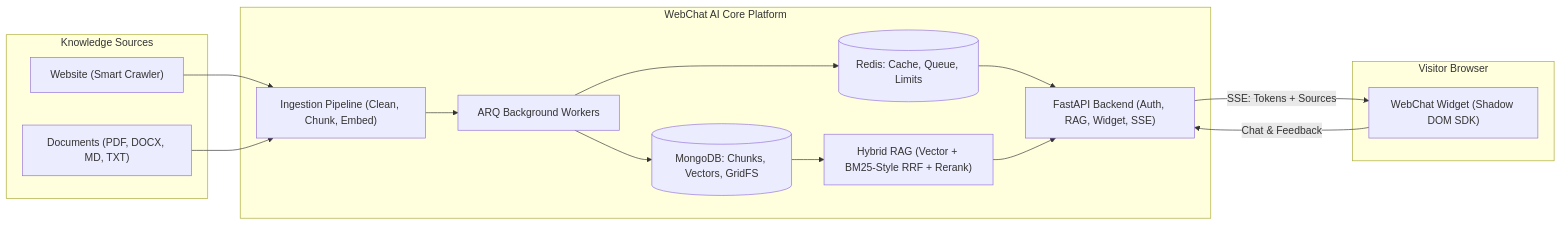
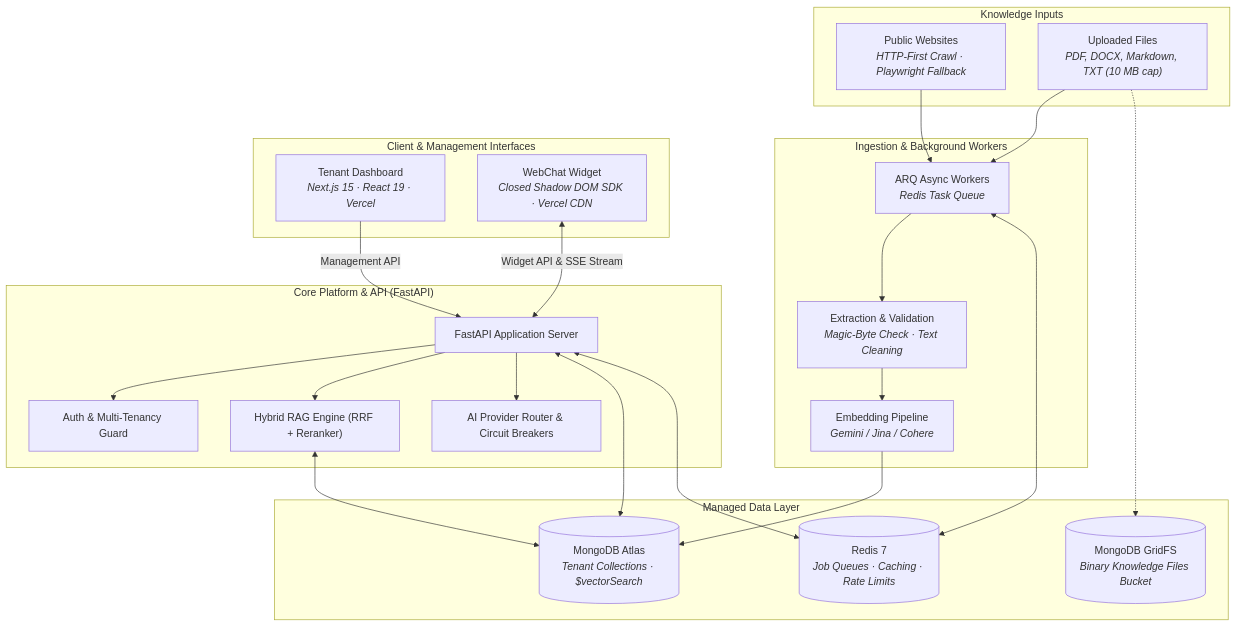
One commit to riturajlabs/webchat-AI changed the second of 2 diagrams in README.md. Above: the diagram before and after it, drawn with Mermaid. The commit also changed other lines of this file and 4 other files, not shown here.

````diff
--- a/README.md
+++ b/README.md
@@ -213,31 +365,48 @@
 ```mermaid
-flowchart LR
-    subgraph Sources["Knowledge Sources"]
-        WEB["Website (Smart Crawler)"]
-        DOCS["Documents (PDF, DOCX, MD, TXT)"]
+flowchart TB
+    subgraph Inputs["Knowledge Inputs"]
+        WEB["Public Websites<br/><i>HTTP-First Crawl · Playwright Fallback</i>"]
+        DOCS["Uploaded Files<br/><i>PDF, DOCX, Markdown, TXT (10 MB cap)</i>"]
     end
 
-    subgraph Platform["WebChat AI Core Platform"]
-        ING["Ingestion Pipeline (Clean, Chunk, Embed)"]
-        KB[("MongoDB: Chunks, Vectors, GridFS")]
-        REDIS[("Redis: Cache, Queue, Limits")]
-        WORKER["ARQ Background Workers"]
-        RAG["Hybrid RAG (Vector + BM25-Style RRF + Rerank)"]
-        API["FastAPI Backend (Auth, RAG, Widget, SSE)"]
+    subgraph Workers["Ingestion & Background Workers"]
+        ARQ["ARQ Async Workers<br/><i>Redis Task Queue</i>"]
+        PARSE["Extraction & Validation<br/><i>Magic-Byte Check · Text Cleaning</i>"]
+        EMBED_SVC["Embedding Pipeline<br/><i>Gemini / Jina / Cohere</i>"]
+        ARQ --> PARSE --> EMBED_SVC
     end
 
-    subgraph Visitor["Visitor Browser"]
-        WIDGET["WebChat Widget (Shadow DOM SDK)"]
+    subgraph Data["Managed Data Layer"]
+        MONGO[("MongoDB Atlas<br/><i>Tenant Collections · $vectorSearch</i>")]
+        GRIDFS[("MongoDB GridFS<br/><i>Binary Knowledge Files Bucket</i>")]
+        REDIS[("Redis 7<br/><i>Job Queues · Caching · Rate Limits</i>")]
     end
 
-    WEB --> ING
-    DOCS --> ING
-    ING --> WORKER
-    WORKER --> KB
-    WORKER --> REDIS
-    KB --> RAG
-    REDIS --> API
-    RAG --> API
-    API -->|"SSE: Tokens + Sources"| WIDGET
-    WIDGET -->|"Chat & Feedback"| API
+    subgraph Backend["Core Platform & API (FastAPI)"]
+        API["FastAPI Application Server"]
+        AUTH["Auth & Multi-Tenancy Guard"]
+        RAG_ENG["Hybrid RAG Engine (RRF + Reranker)"]
+        CIRCUIT["AI Provider Router & Circuit Breakers"]
+        API --> AUTH
+        API --> RAG_ENG
+        API --> CIRCUIT
+    end
+
+    subgraph Frontends["Client & Management Interfaces"]
+        DASH["Tenant Dashboard<br/><i>Next.js 15 · React 19 · Vercel</i>"]
+        WIDGET["WebChat Widget<br/><i>Closed Shadow DOM SDK · Vercel CDN</i>"]
+    end
+
+    WEB --> ARQ
+    DOCS --> ARQ
+    DOCS -.-> GRIDFS
+    EMBED_SVC --> MONGO
+    ARQ <--> REDIS
+
+    DASH -->|"Management API"| API
+    WIDGET <-->|"Widget API & SSE Stream"| API
+
+    API <--> MONGO
+    API <--> REDIS
+    RAG_ENG <--> MONGO
 ```
````
